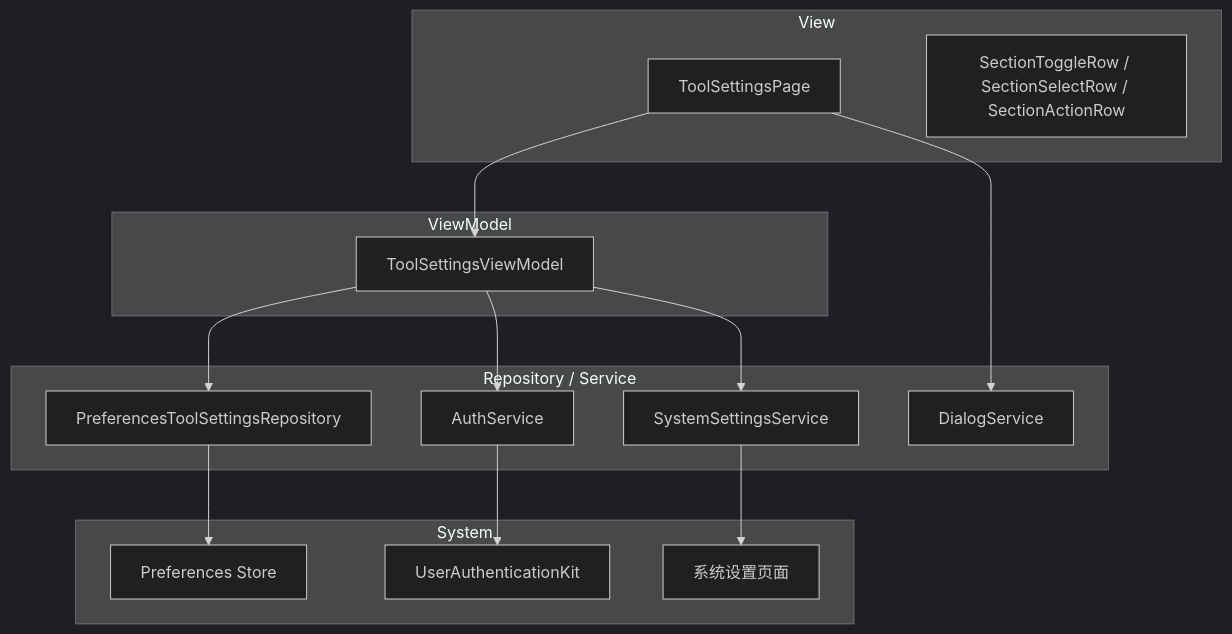
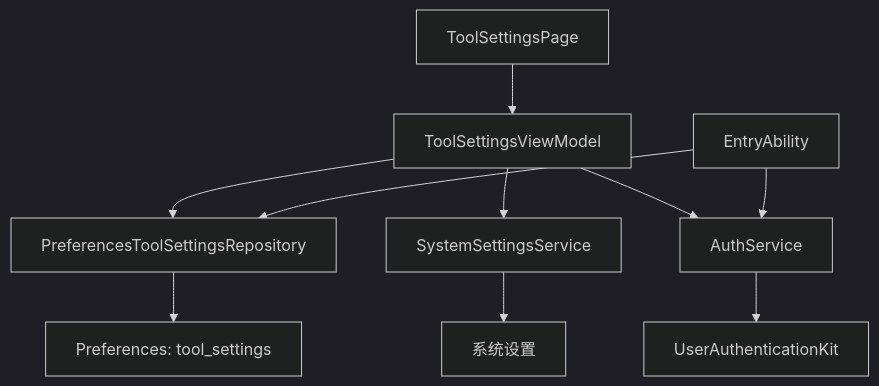
Before and after one commit to Deslord319/security_tool: the first of 3 diagrams in docs/03-模块设计/工具设置组件设计说明.md, drawn with Mermaid (dark theme). The commit also changed other lines of this file and 1 other file, not shown here.

Commit message:
docs: refresh tool settings module design

````diff
--- a/docs/03-模块设计/工具设置组件设计说明.md
+++ b/docs/03-模块设计/工具设置组件设计说明.md
@@ -78,33 +86,22 @@
 ```mermaid
 flowchart TB
-  subgraph View["View"]
-    A["ToolSettingsPage"]
-    B["SectionToggleRow / SectionSelectRow / SectionActionRow"]
-  end
+  Page["ToolSettingsPage"]
+  VM["ToolSettingsViewModel"]
+  Repo["PreferencesToolSettingsRepository"]
+  Sys["SystemSettingsService"]
+  Auth["AuthService"]
+  Entry["EntryAbility"]
+  Pref["Preferences: tool_settings"]
+  Settings["系统设置"]
+  UserAuth["UserAuthenticationKit"]
 
-  subgraph ViewModel["ViewModel"]
-    C["ToolSettingsViewModel"]
-  end
-
-  subgraph Domain["Repository / Service"]
-    D["PreferencesToolSettingsRepository"]
-    E["AuthService"]
-    F["SystemSettingsService"]
-    G["DialogService"]
-  end
-
-  subgraph System["System"]
-    H["Preferences Store"]
-    I["UserAuthenticationKit"]
-    J["系统设置页面"]
-  end
-
-  A --> C
-  A --> G
-  C --> D
-  C --> E
-  C --> F
-  D --> H
-  E --> I
-  F --> J
+  Page --> VM
+  VM --> Repo
+  VM --> Sys
+  VM --> Auth
+  Repo --> Pref
+  Sys --> Settings
+  Entry --> Repo
+  Entry --> Auth
+  Auth --> UserAuth
 ```
````
